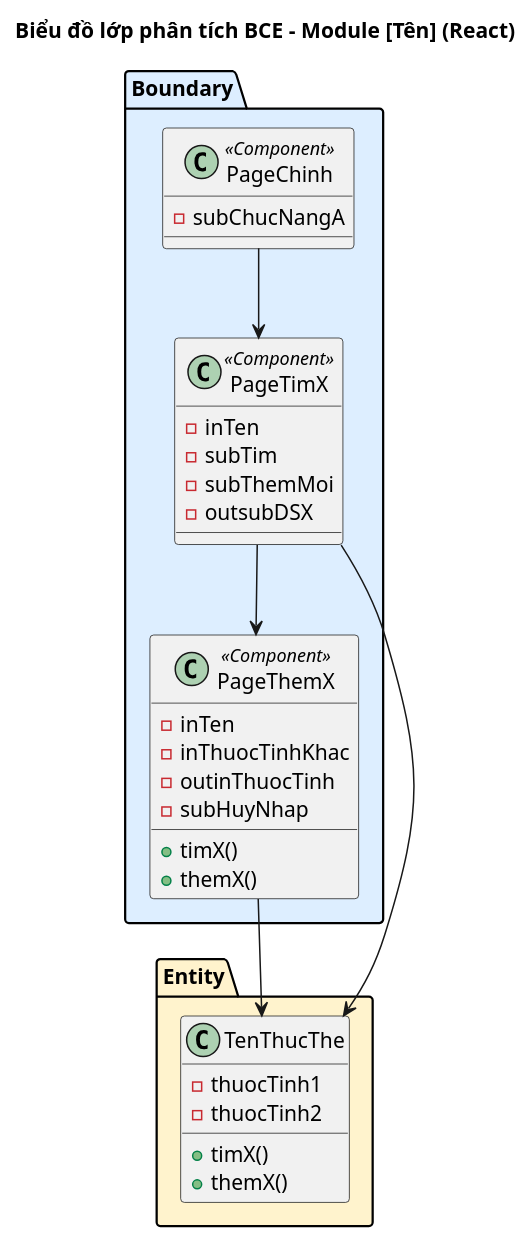
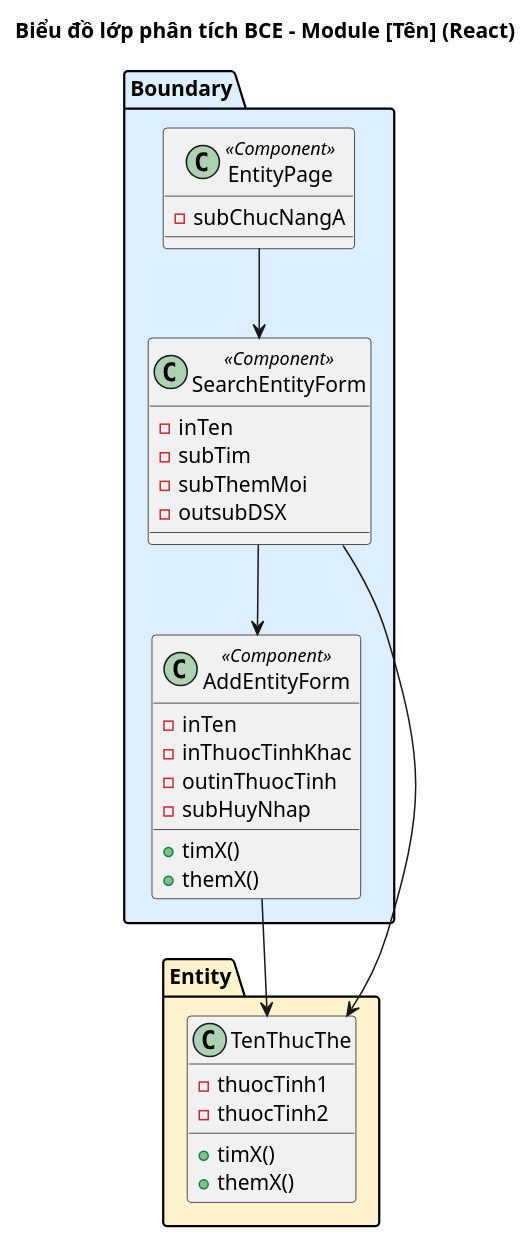
The second of 2 diagrams in .claude/skills/cnpm/references/ii.3_sodo_lop_phantich.md (thanhtrnnn/cnpm), drawn with PlantUML before and after one commit. The commit also changed other lines of this file and 5 other files, not shown here.

````diff
--- a/.claude/skills/cnpm/references/ii.3_sodo_lop_phantich.md
+++ b/.claude/skills/cnpm/references/ii.3_sodo_lop_phantich.md
@@ -78,39 +94,39 @@
 ```plantuml
 @startuml
 title Biểu đồ lớp phân tích BCE – Module [Tên] (React)
 
 package "Boundary" #DDEEFF {
-  class PageChinh <<Component>> {
+  class EntityPage <<Component>> {
     -subChucNangA
   }
-  class PageTimX <<Component>> {
+  class SearchEntityForm <<Component>> {
     -inTen
     -subTim
     -subThemMoi
     -outsubDSX
   }
-  class PageThemX <<Component>> {
+  class AddEntityForm <<Component>> {
     -inTen
     -inThuocTinhKhac
     -outinThuocTinh
     -subHuyNhap
     +timX()
     +themX()
   }
 }
 
 package "Entity" #FFF3CD {
   class TenThucThe {
     -thuocTinh1
     -thuocTinh2
     +timX()
     +themX()
   }
 }
 
-PageChinh --> PageTimX
-PageTimX --> PageThemX
-PageTimX --> TenThucThe
-PageThemX --> TenThucThe
+EntityPage --> SearchEntityForm
+SearchEntityForm --> AddEntityForm
+SearchEntityForm --> TenThucThe
+AddEntityForm --> TenThucThe
 @enduml
 ```
````
